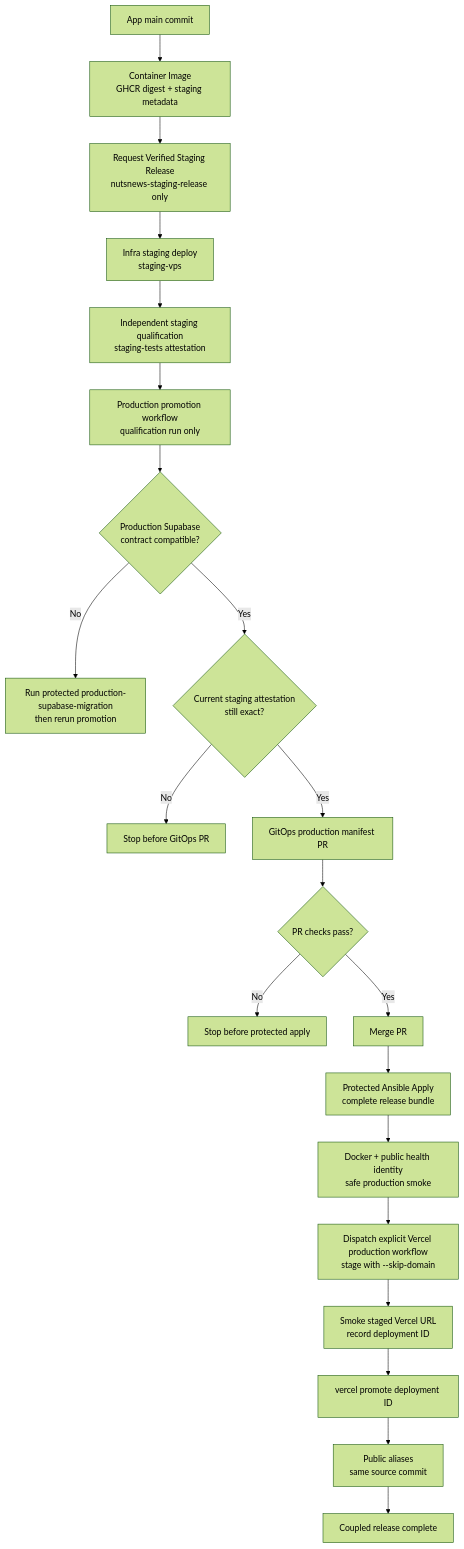
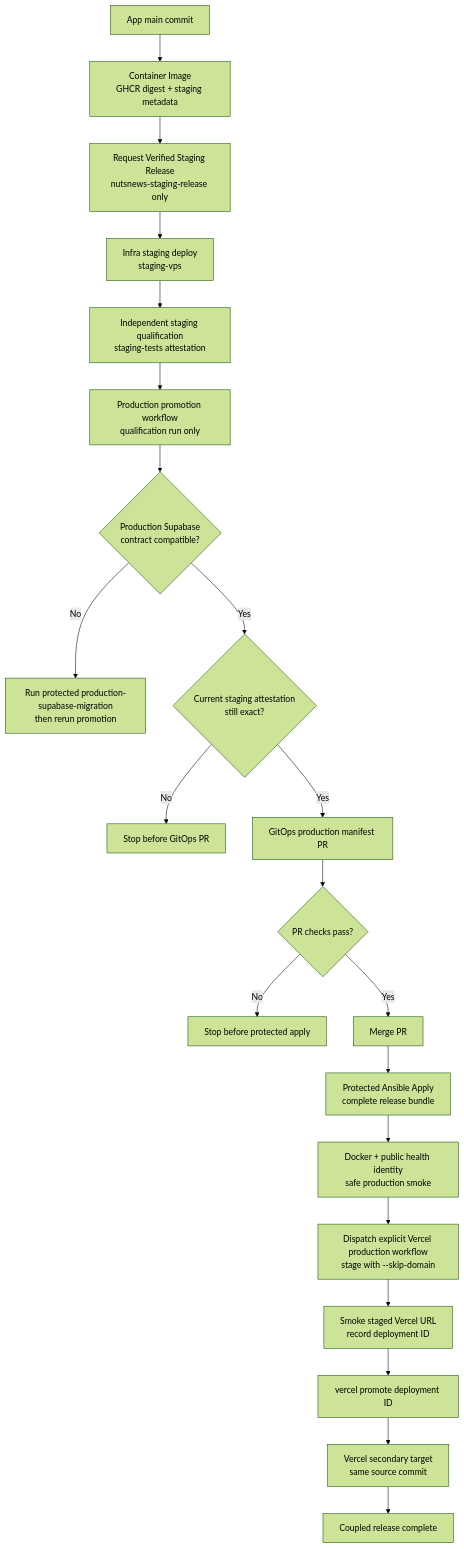
One commit to ramideltoro/nutsnews-docs changed the first of 3 diagrams in NUTSNEWS_RELEASE_PIPELINE.md. Above: the diagram before and after it, drawn with Mermaid (forest theme). The commit also changed other lines of this file and 2 other files, not shown here.

````diff
--- a/NUTSNEWS_RELEASE_PIPELINE.md
+++ b/NUTSNEWS_RELEASE_PIPELINE.md
@@ -169,23 +172,23 @@
 ```mermaid
 flowchart TD
   appMain["App main commit"] --> image["Container Image\nGHCR digest + staging metadata"]
   image --> handoff["Request Verified Staging Release\nnutsnews-staging-release only"]
   handoff --> staging["Infra staging deploy\nstaging-vps"]
   staging --> qualification["Independent staging qualification\nstaging-tests attestation"]
   qualification --> promotion["Production promotion workflow\nqualification run only"]
   promotion --> supabase{"Production Supabase\ncontract compatible?"}
   supabase -- "No" --> migrate["Run protected production-supabase-migration\nthen rerun promotion"]
   supabase -- "Yes" --> attest{"Current staging attestation\nstill exact?"}
   attest -- "No" --> stopAttest["Stop before GitOps PR"]
   attest -- "Yes" --> pr["GitOps production manifest PR"]
   pr --> checks{"PR checks pass?"}
   checks -- "No" --> stopChecks["Stop before protected apply"]
   checks -- "Yes" --> merge["Merge PR"]
   merge --> apply["Protected Ansible Apply\ncomplete release bundle"]
   apply --> verify["Docker + public health identity\nsafe production smoke"]
   verify --> vercelStage["Dispatch explicit Vercel production workflow\nstage with --skip-domain"]
   vercelStage --> vercelSmoke["Smoke staged Vercel URL\nrecord deployment ID"]
   vercelSmoke --> vercelPromote["vercel promote deployment ID"]
-  vercelPromote --> vercelVerify["Public aliases\nsame source commit"]
+  vercelPromote --> vercelVerify["Vercel secondary target\nsame source commit"]
   vercelVerify --> done["Coupled release complete"]
 ```
````
